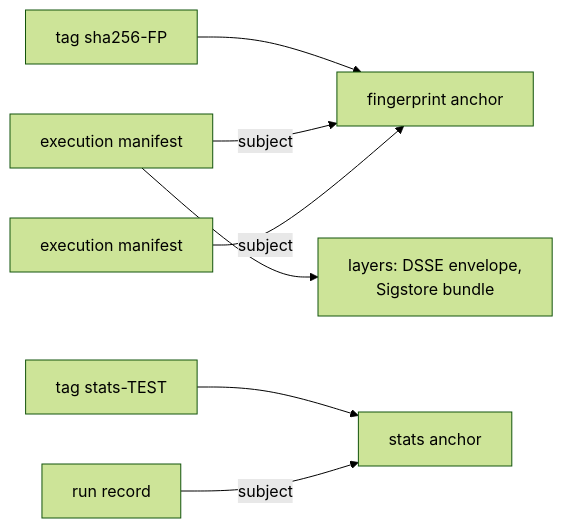
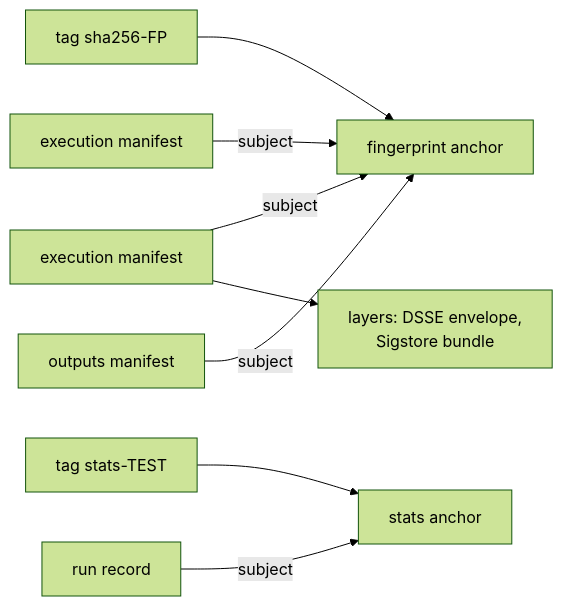
The diagram in docs/artifact-format.md (TrianaLab/aval), drawn with Mermaid (forest theme) before and after one commit. The commit also changed other lines of this file and 25 other files, not shown here.

````diff
--- a/docs/artifact-format.md
+++ b/docs/artifact-format.md
@@ -41,9 +43,10 @@
 ```mermaid
 flowchart LR
   tag[tag sha256-FP] --> anchor[fingerprint anchor]
   e1[execution manifest] -- subject --> anchor
   e2[execution manifest] -- subject --> anchor
   e1 --> layers[layers: DSSE envelope,<br>Sigstore bundle]
+  o1[outputs manifest] -- subject --> anchor
   stag[tag stats-TEST] --> sanchor[stats anchor]
   r1[run record] -- subject --> sanchor
 ```
````
